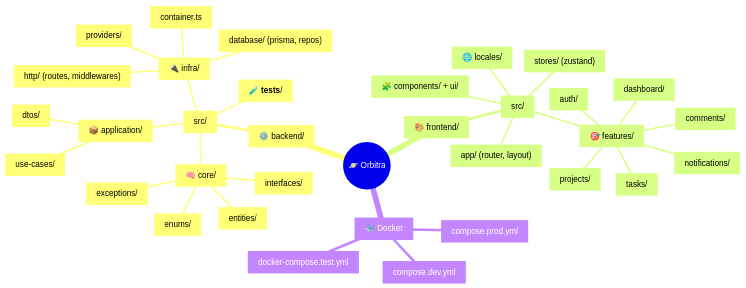
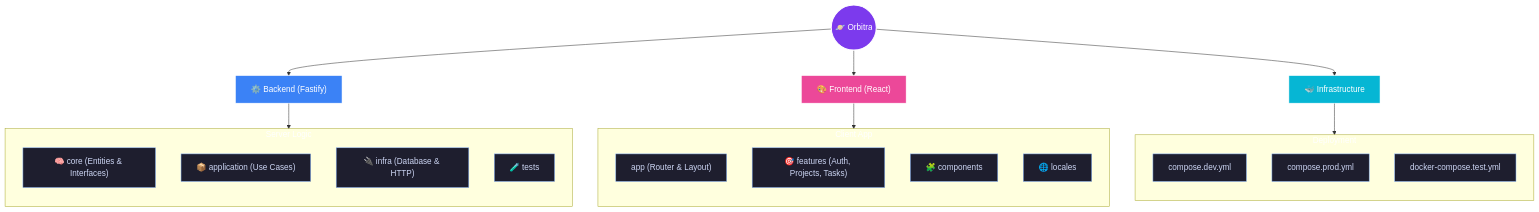
Before and after one commit to lucasgabdsant0s/Orbitra: the first of 2 diagrams in README.md, drawn with Mermaid. The commit also changed other lines of this file and 17 other files, not shown here.

````diff
--- a/README.md
+++ b/README.md
@@ -133,37 +136,51 @@
 ```mermaid
-mindmap
-  root((🪐 Orbitra))
-    backend["⚙️ backend/"]
-      src["src/"]
-        core["🧠 core/"]
-          entities["entities/"]
-          interfaces["interfaces/"]
-          enums["enums/"]
-          exceptions["exceptions/"]
-        application["📦 application/"]
-          usecases["use-cases/"]
-          dtos["dtos/"]
-        infra["🔌 infra/"]
-          http["http/ (routes, middlewares)"]
-          database["database/ (prisma, repos)"]
-          providers["providers/"]
-          container["container.ts"]
-        tests["🧪 __tests__/"]
-    frontend["🎨 frontend/"]
-      frontsrc["src/"]
-        app["app/ (router, layout)"]
-        features["🎯 features/"]
-          auth["auth/"]
-          projects["projects/"]
-          tasks["tasks/"]
-          dashboard["dashboard/"]
-          comments["comments/"]
-          notifications["notifications/"]
-        components["🧩 components/ + ui/"]
-        stores["stores/ (zustand)"]
-        locales["🌐 locales/"]
-    docker["🐳 Docker"]
-      composedev["compose.dev.yml"]
-      composeprod["compose.prod.yml"]
-      composetest["docker-compose.test.yml"]
+flowchart TD
+    Root(("🪐 Orbitra"))
+
+    Backend["⚙️ Backend (Fastify)"]
+    Frontend["🎨 Frontend (React)"]
+    Docker["🐳 Infrastructure"]
+
+    Root --> Backend
+    Root --> Frontend
+    Root --> Docker
+
+    subgraph Backend_Struct ["Server Logic"]
+        direction TB
+        B1["🧠 core (Entities & Interfaces)"]
+        B2["📦 application (Use Cases)"]
+        B3["🔌 infra (Database & HTTP)"]
+        B4["🧪 tests"]
+    end
+
+    subgraph Frontend_Struct ["Client App"]
+        direction TB
+        F1["app (Router & Layout)"]
+        F2["🎯 features (Auth, Projects, Tasks)"]
+        F3["🧩 components"]
+        F4["🌐 locales"]
+    end
+
+    subgraph Docker_Struct ["Deployment"]
+        direction TB
+        D1["compose.dev.yml"]
+        D2["compose.prod.yml"]
+        D3["docker-compose.test.yml"]
+    end
+
+    Backend --> Backend_Struct
+    Frontend --> Frontend_Struct
+    Docker --> Docker_Struct
+
+    %% Styling
+    classDef default fill:#1e1e2e,stroke:#89b4fa,stroke-width:1px,color:#cdd6f4
+    classDef root fill:#7c3aed,stroke:#fff,stroke-width:2px,color:#fff
+    classDef backend fill:#3b82f6,stroke:#fff,color:#fff
+    classDef frontend fill:#ec4899,stroke:#fff,color:#fff
+    classDef docker fill:#06b6d4,stroke:#fff,color:#fff
+
+    class Root root
+    class Backend backend
+    class Frontend frontend
+    class Docker docker
 ```
````
